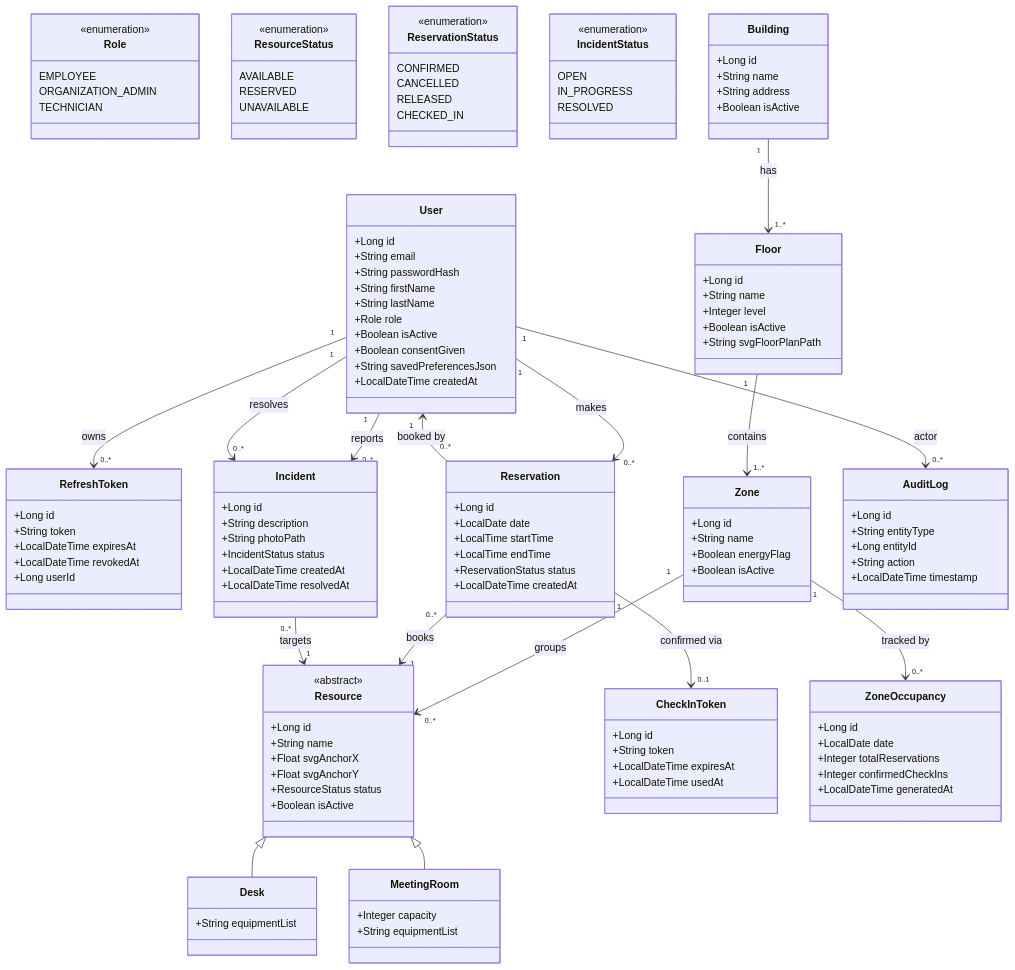
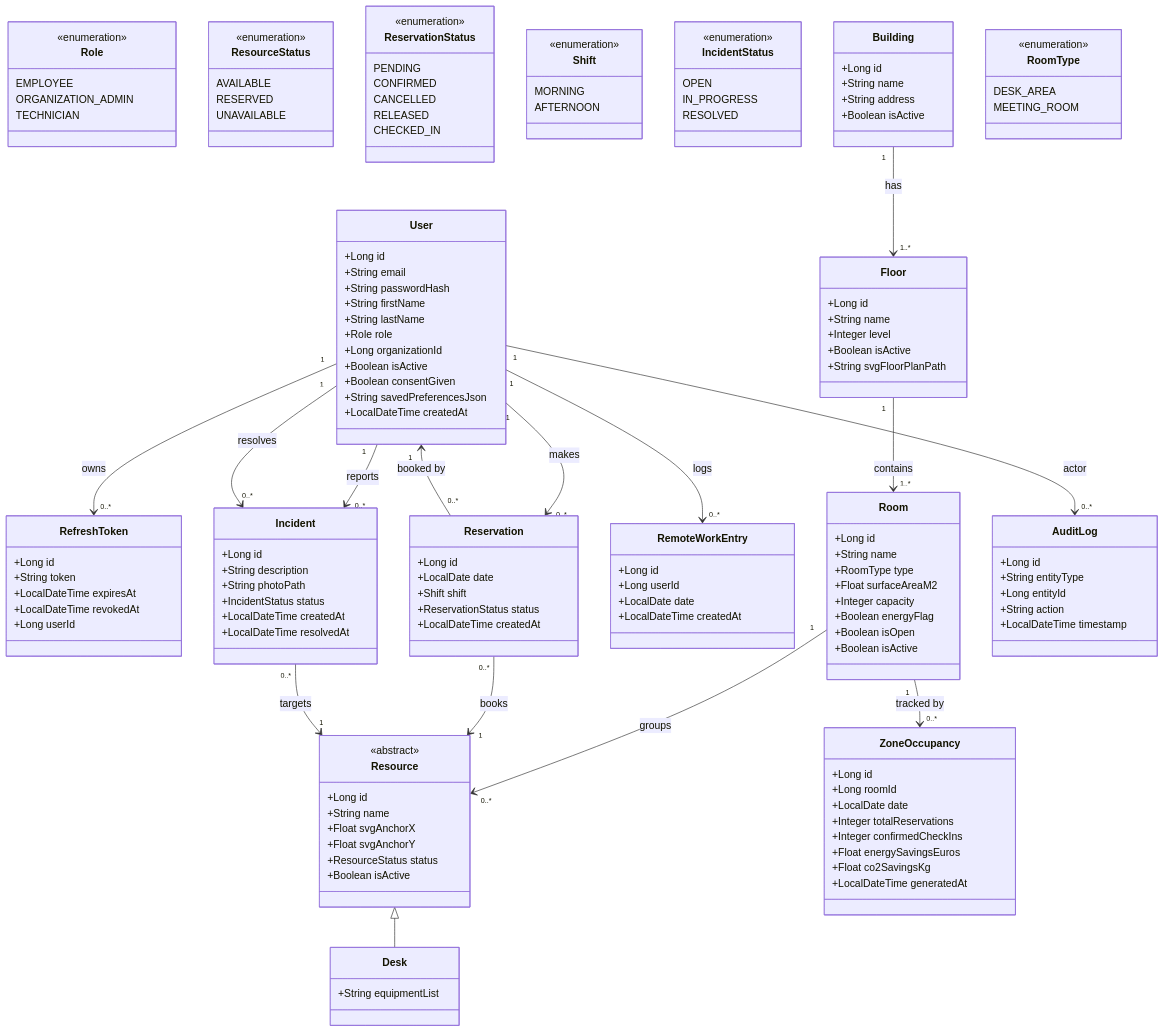
Before and after one commit to GuillaumeEven/ecotrack-office: the diagram in _bmad-output/planning-artifacts/class-diagram.md, drawn with Mermaid. The commit also changed 10 other files, not shown here.

````diff
--- a/_bmad-output/planning-artifacts/class-diagram.md
+++ b/_bmad-output/planning-artifacts/class-diagram.md
@@ -23,10 +23,17 @@
 
     class ReservationStatus {
         <<enumeration>>
+        PENDING
         CONFIRMED
         CANCELLED
         RELEASED
         CHECKED_IN
+    }
+
+    class Shift {
+        <<enumeration>>
+        MORNING
+        AFTERNOON
     }
 
     class IncidentStatus {
@@ -44,6 +51,7 @@
         +String firstName
         +String lastName
         +Role role
+        +Long organizationId
         +Boolean isActive
         +Boolean consentGiven
         +String savedPreferencesJson
@@ -74,11 +82,21 @@
         +String svgFloorPlanPath
     }
 
-    class Zone {
+    class Room {
         +Long id
         +String name
+        +RoomType type
+        +Float surfaceAreaM2
+        +Integer capacity
         +Boolean energyFlag
+        +Boolean isOpen
         +Boolean isActive
+    }
+
+    class RoomType {
+        <<enumeration>>
+        DESK_AREA
+        MEETING_ROOM
     }
 
     class Resource {
@@ -95,26 +113,20 @@
         +String equipmentList
     }
 
-    class MeetingRoom {
-        +Integer capacity
-        +String equipmentList
-    }
-
     %% ── Block 3 – Reservations (rsv_) ────────────────────────────────
     class Reservation {
         +Long id
         +LocalDate date
-        +LocalTime startTime
-        +LocalTime endTime
+        +Shift shift
         +ReservationStatus status
         +LocalDateTime createdAt
     }
 
-    class CheckInToken {
+    class RemoteWorkEntry {
         +Long id
-        +String token
-        +LocalDateTime expiresAt
-        +LocalDateTime usedAt
+        +Long userId
+        +LocalDate date
+        +LocalDateTime createdAt
     }
 
     %% ── Block 4 – Analytics & Incidents (anl_) ───────────────────────
@@ -137,34 +149,36 @@
 
     class ZoneOccupancy {
         +Long id
+        +Long roomId
         +LocalDate date
         +Integer totalReservations
         +Integer confirmedCheckIns
+        +Float energySavingsEuros
+        +Float co2SavingsKg
         +LocalDateTime generatedAt
     }
 
     %% ── Inheritance ──────────────────────────────────────────────────
     Resource <|-- Desk
-    Resource <|-- MeetingRoom
 
     %% ── Block 1 Relationships ────────────────────────────────────────
     User "1" --> "0..*" RefreshToken : owns
     User "1" --> "0..*" Reservation : makes
+    User "1" --> "0..*" RemoteWorkEntry : logs
     User "1" --> "0..*" Incident : reports
     User "1" --> "0..*" Incident : resolves
     User "1" --> "0..*" AuditLog : actor
 
     %% ── Block 2 Relationships ────────────────────────────────────────
     Building "1" --> "1..*" Floor : has
-    Floor "1" --> "1..*" Zone : contains
-    Zone "1" --> "0..*" Resource : groups
+    Floor "1" --> "1..*" Room : contains
+    Room "1" --> "0..*" Resource : groups
 
     %% ── Block 3 Relationships ────────────────────────────────────────
     Reservation "0..*" --> "1" User : booked by
     Reservation "0..*" --> "1" Resource : books
-    Reservation "1" --> "0..1" CheckInToken : confirmed via
 
     %% ── Block 4 Relationships ────────────────────────────────────────
     Incident "0..*" --> "1" Resource : targets
-    Zone "1" --> "0..*" ZoneOccupancy : tracked by
+    Room "1" --> "0..*" ZoneOccupancy : tracked by
 ```
````
